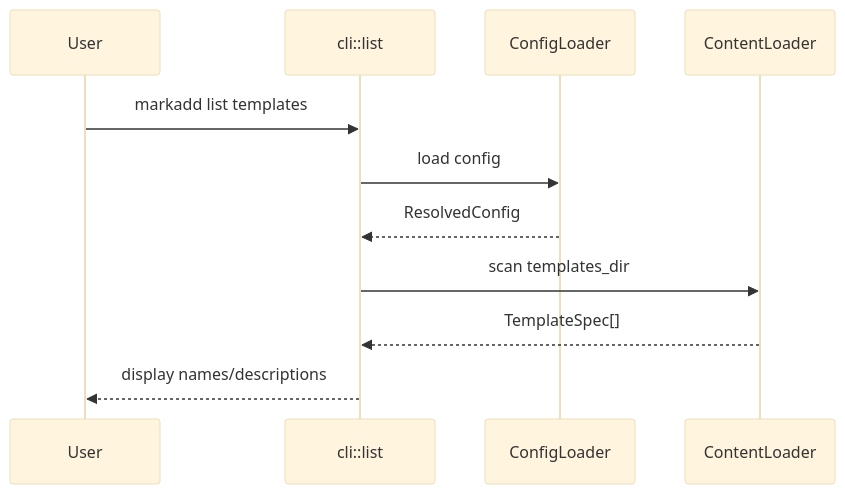
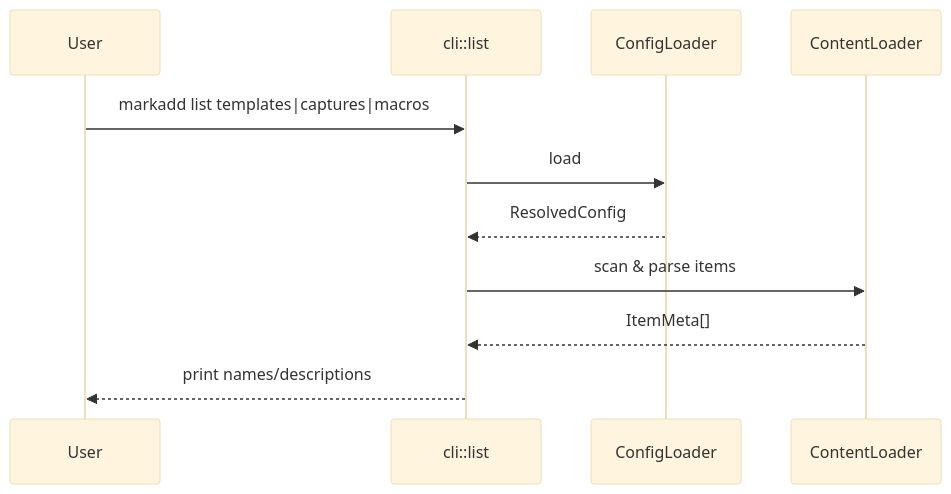
One commit to agustinvalencia/mdvault changed the sixth of 22 diagrams in docs/01_development_plan.md. Above: the diagram before and after it, drawn with Mermaid (base theme). The commit also changed other lines of this file and 2 other files, not shown here.

````diff
--- a/docs/01_development_plan.md
+++ b/docs/01_development_plan.md
@@ -172,13 +152,13 @@
 ```mermaid
 sequenceDiagram
   participant User
   participant CLI as cli::list
   participant CFG as ConfigLoader
   participant CTL as ContentLoader
-  User->>CLI: markadd list templates
-  CLI->>CFG: load config
+  User->>CLI: markadd list templates|captures|macros
+  CLI->>CFG: load
   CFG-->>CLI: ResolvedConfig
-  CLI->>CTL: scan templates_dir
-  CTL-->>CLI: TemplateSpec[]
-  CLI-->>User: display names/descriptions
+  CLI->>CTL: scan & parse items
+  CTL-->>CLI: ItemMeta[]
+  CLI-->>User: print names/descriptions
 ```
````
